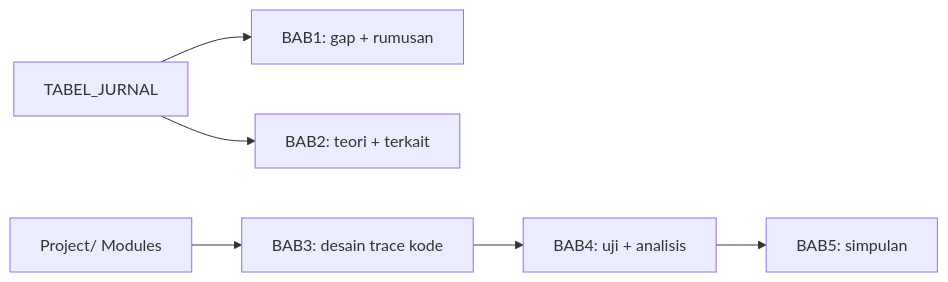
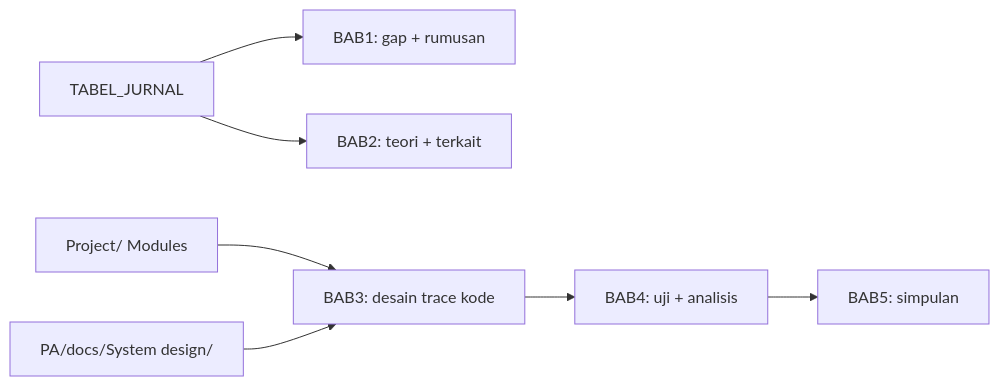
Before and after one commit to ALFIAN-code/management-kost: the diagram in PA/docs/00_overview/ARCHITECTURE.md, drawn with Mermaid. The commit also changed other lines of this file and 96 other files, not shown here.

````diff
--- a/PA/docs/00_overview/ARCHITECTURE.md
+++ b/PA/docs/00_overview/ARCHITECTURE.md
@@ -37,8 +37,9 @@
 ```mermaid
 flowchart LR
   Jurnal[TABEL_JURNAL] --> BAB1[BAB1: gap + rumusan]
   Jurnal --> BAB2[BAB2: teori + terkait]
   Kode[Project/ Modules] --> BAB3[BAB3: desain trace kode]
+  Desain[PA/docs/System design/] --> BAB3
   BAB3 --> BAB4[BAB4: uji + analisis]
   BAB4 --> BAB5[BAB5: simpulan]
 ```
````
